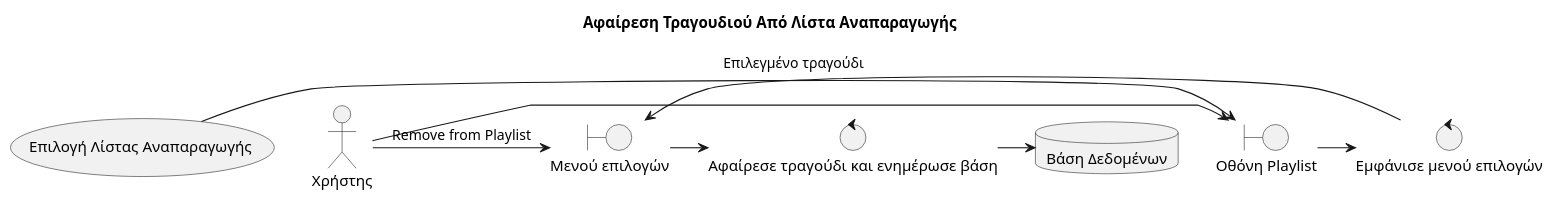
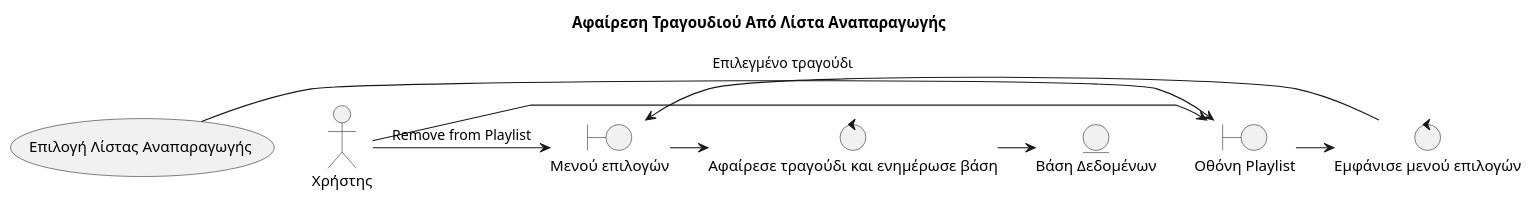
The diagram in Paradoteo_3/RobustnessDiagrams/RemoveSongFromPlaylist.puml (RubenKingCP/Namify), drawn with PlantUML before and after one commit. The commit also changed 17 other files, not shown here.

Commit message:
Made changes to robustness diagrams (except those regarding premium purchases)

```diff
--- a/Paradoteo_3/RobustnessDiagrams/RemoveSongFromPlaylist.puml
+++ b/Paradoteo_3/RobustnessDiagrams/RemoveSongFromPlaylist.puml
@@ -1,21 +1,21 @@
 @startuml name 
 
 title Αφαίρεση Τραγουδιού Από Λίστα Αναπαραγωγής
 
 usecase "Επιλογή Λίστας Αναπαραγωγής" as selectPl
 actor "Χρήστης" as user 
 boundary "Οθόνη Playlist" as PlScreen
 control "Εμφάνισε μενού επιλογών" as disMenu
 boundary "Μενού επιλογών" as menu
 control "Αφαίρεσε τραγούδι και ενημέρωσε βάση" as rm
-database "Βάση Δεδομένων" as db
+entity "Βάση Δεδομένων" as db
 
 selectPl -> PlScreen
 user -> PlScreen : Επιλεγμένο τραγούδι
 PlScreen -> disMenu
 menu <- disMenu
 user -> menu : "Remove from Playlist"
 menu -> rm
 rm -> db
 
 @enduml
```
